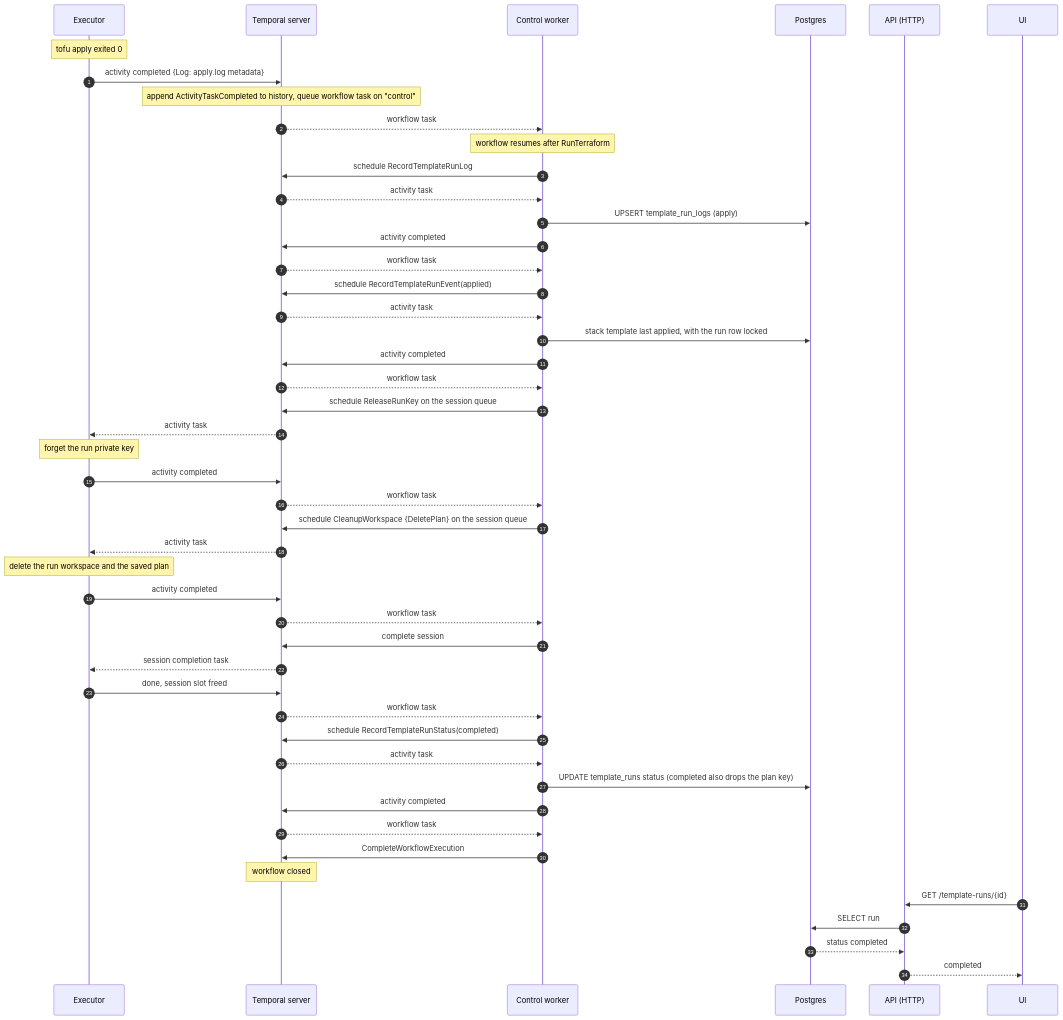
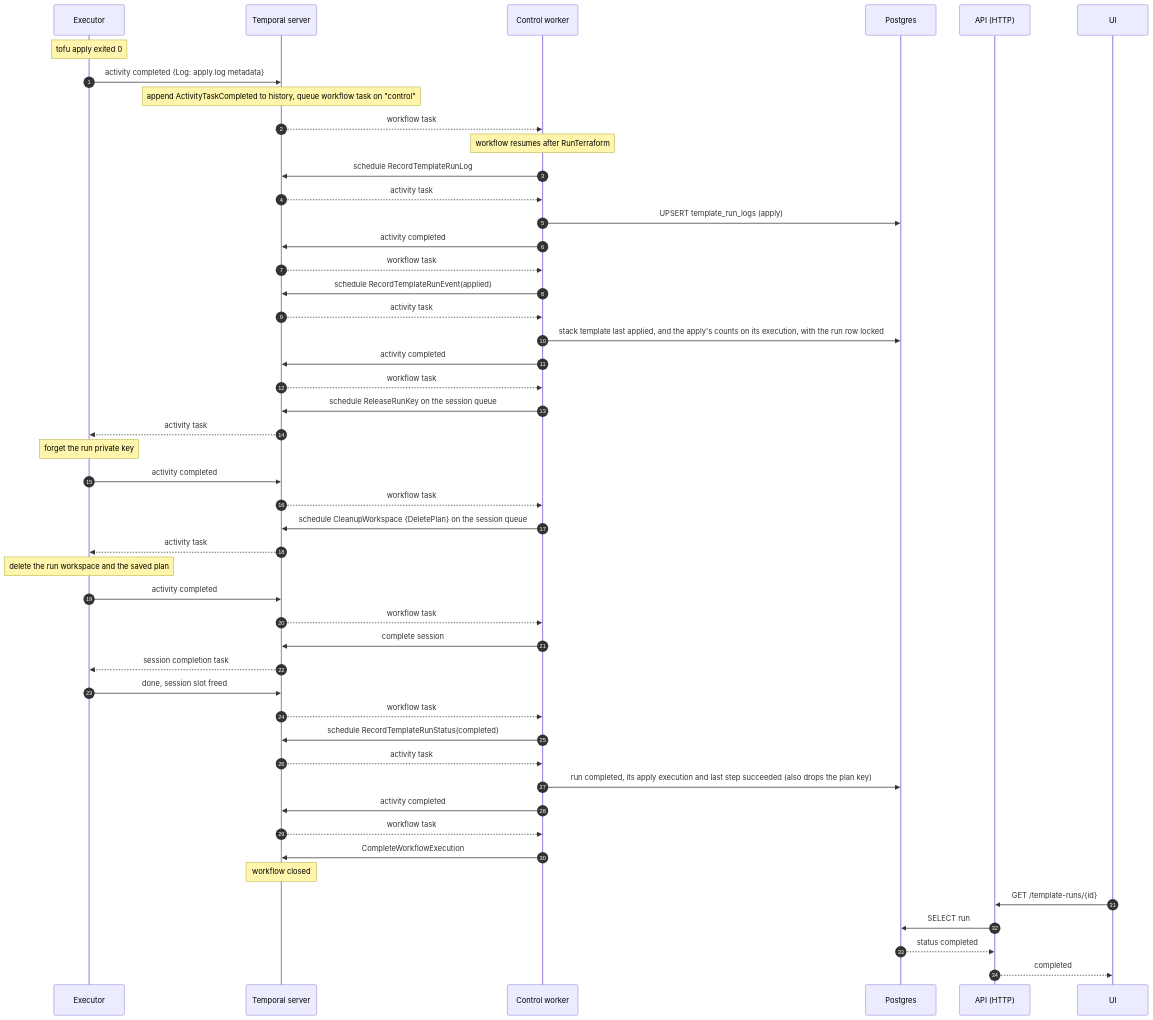
Before and after one commit to openplanhq/openplan: the third of 4 diagrams in docs/apply-run-sequence.md, drawn with Mermaid. The commit also changed other lines of this file and 33 other files, not shown here.

First line of the commit message:
feat: each workflow and step of a template run gets a row of its own

````diff
--- a/docs/apply-run-sequence.md
+++ b/docs/apply-run-sequence.md
@@ -143,59 +143,59 @@
 ```mermaid
 sequenceDiagram
     autonumber
     participant EX as Executor
     participant T as Temporal server
     participant CW as Control worker
     participant PG as Postgres
     participant API as API (HTTP)
     participant UI
 
     Note over EX: tofu apply exited 0
     EX->>T: activity completed {Log: apply.log metadata}
     Note over T: append ActivityTaskCompleted to history, queue workflow task on "control"
 
     T-->>CW: workflow task
     Note over CW: workflow resumes after RunTerraform
     CW->>T: schedule RecordTemplateRunLog
     T-->>CW: activity task
     CW->>PG: UPSERT template_run_logs (apply)
     CW->>T: activity completed
 
     T-->>CW: workflow task
     CW->>T: schedule RecordTemplateRunEvent(applied)
     T-->>CW: activity task
-    CW->>PG: stack template last applied, with the run row locked
+    CW->>PG: stack template last applied, and the apply's counts on its execution, with the run row locked
     CW->>T: activity completed
 
     T-->>CW: workflow task
     CW->>T: schedule ReleaseRunKey on the session queue
     T-->>EX: activity task
     Note over EX: forget the run private key
     EX->>T: activity completed
 
     T-->>CW: workflow task
     CW->>T: schedule CleanupWorkspace {DeletePlan} on the session queue
     T-->>EX: activity task
     Note over EX: delete the run workspace and the saved plan
     EX->>T: activity completed
 
     T-->>CW: workflow task
     CW->>T: complete session
     T-->>EX: session completion task
     EX->>T: done, session slot freed
 
     T-->>CW: workflow task
     CW->>T: schedule RecordTemplateRunStatus(completed)
     T-->>CW: activity task
-    CW->>PG: UPDATE template_runs status (completed also drops the plan key)
+    CW->>PG: run completed, its apply execution and last step succeeded (also drops the plan key)
     CW->>T: activity completed
 
     T-->>CW: workflow task
     CW->>T: CompleteWorkflowExecution
     Note over T: workflow closed
 
     UI->>API: GET /template-runs/{id}
     API->>PG: SELECT run
     PG-->>API: status completed
     API-->>UI: completed
 ```
````
